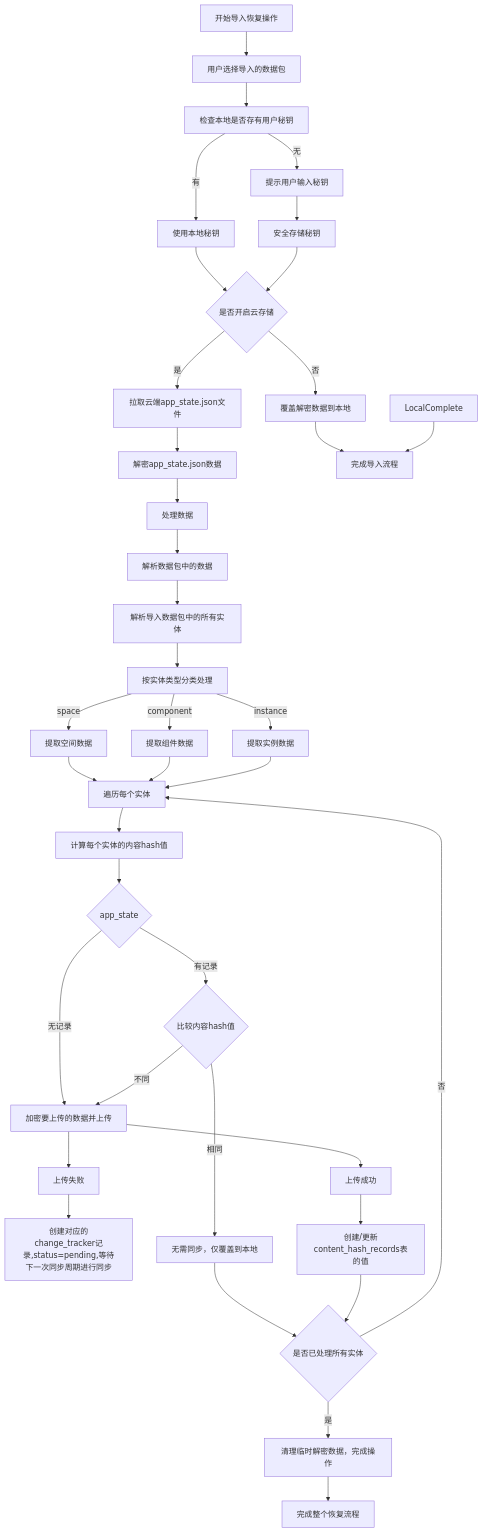
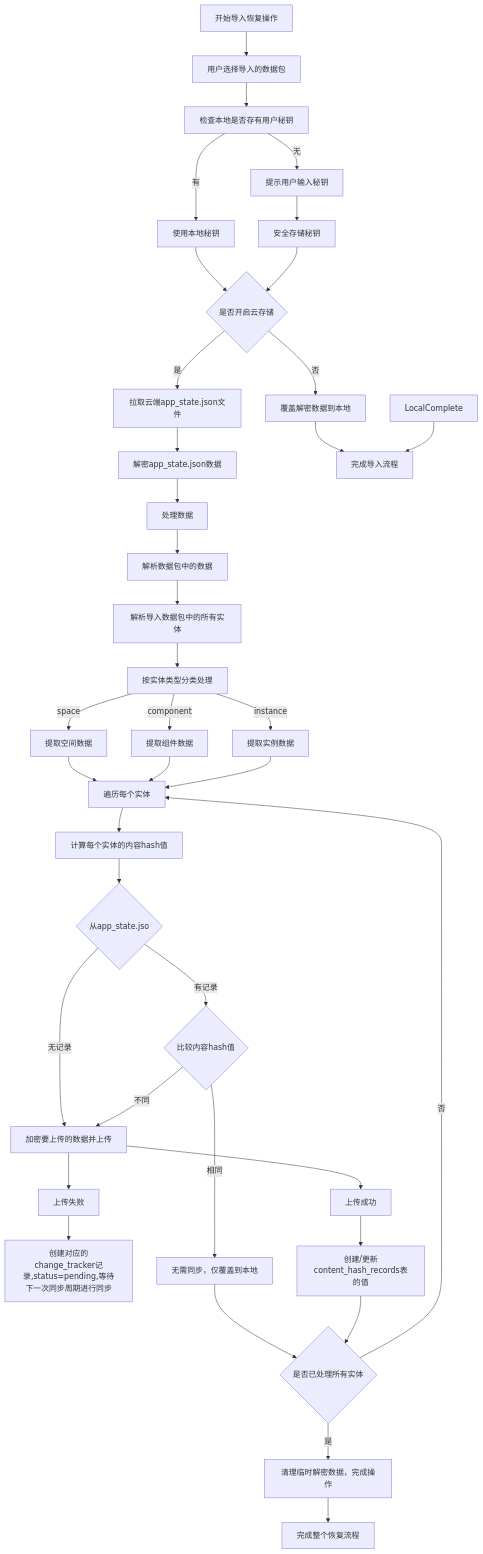
The diagram in all/未命名-47.md (yingjianzh/iodraw-files), drawn with Mermaid before and after one commit.

Commit message:
2025-04-29 15:01:45 update

````diff
--- a/all/未命名-47.md
+++ b/all/未命名-47.md
@@ -1,56 +1,56 @@
 ```mermaid
 flowchart TD
     A[开始导入恢复操作] --> B[用户选择导入的数据包]
     B --> B1[检查本地是否存有用户秘钥]
     
     B1 -->|有| B3[使用本地秘钥]
     B1 -->|无| B4[提示用户输入秘钥]
 
     B4 --> B8[安全存储秘钥]
     B3 --> Check{是否开启云存储}
 
     B8 --> Check
     Check --> |否| LocalOnly[覆盖解密数据到本地]
     
     Check --> |是| Download[拉取云端app_state.json文件]
     Download --> AppState[解密app_state.json数据]
 
     LocalOnly --> Complete[完成导入流程]
     AppState --> Process[处理数据]
 
     Process --> C[解析数据包中的数据]
     
     C --> D[解析导入数据包中的所有实体]
     D --> G[按实体类型分类处理]
     
     G -->|space| H1[提取空间数据]
     G -->|component| H2[提取组件数据]
     G -->|instance| H3[提取实例数据]
     
     H1 --> I[遍历每个实体]
     H2 --> I
     H3 --> I
     
     I --> CalcHash[计算每个实体的内容hash值]
-    CalcHash --> L{app_state}
+    CalcHash --> L{从app_state.jso}
     
     L -->|无记录| M1[加密要上传的数据并上传]
     M1 --> N1[上传成功]
     M1 --> N2[上传失败]
     
     N2 --> N3[创建对应的change_tracker记录,status=pending,等待下一次同步周期进行同步]
     N1 --> M4[创建/更新content_hash_records表的值]
     LocalComplete --> Complete
 
     L -->|有记录| M2{比较内容hash值}
     M2 -->|相同| M3[无需同步，仅覆盖到本地]
     M2 -->|不同| M1
     
     M3 --> S{是否已处理所有实体}
     M4 --> S
 
     S -->|否| I
     S -->|是| U[清理临时解密数据，完成操作]
 
     U --> V[完成整个恢复流程]
 ```
````
